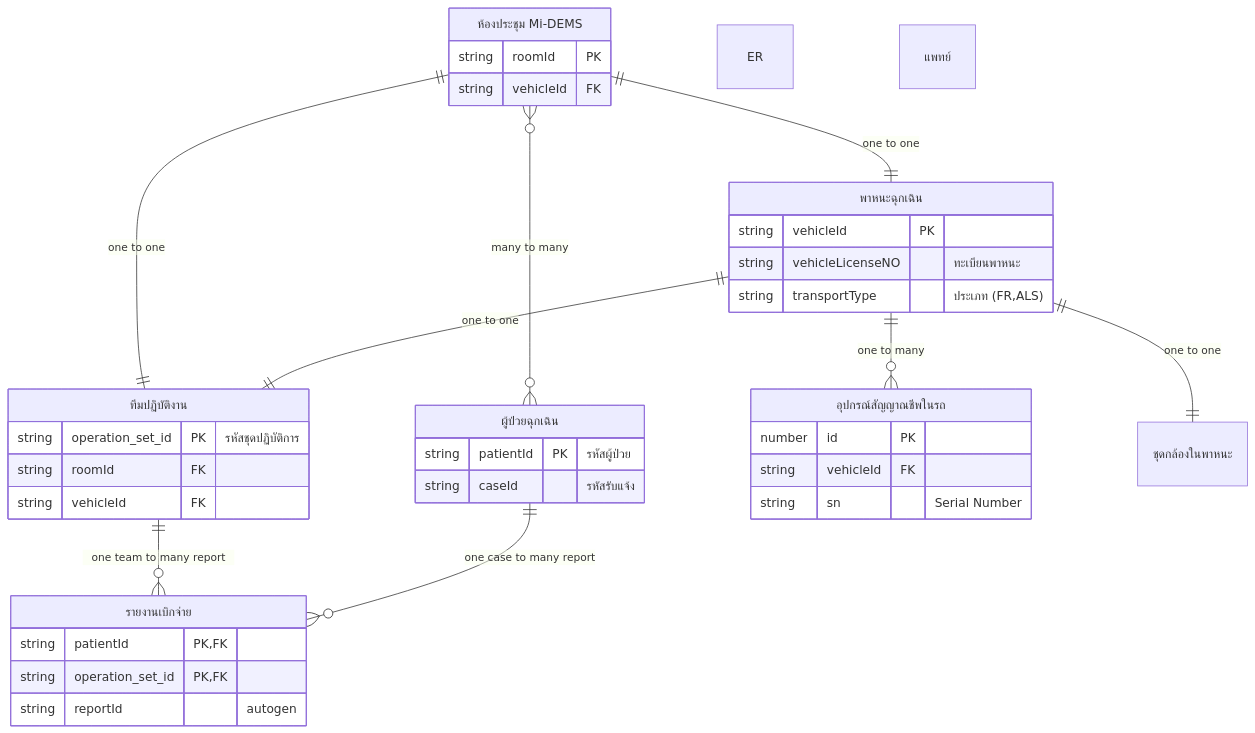
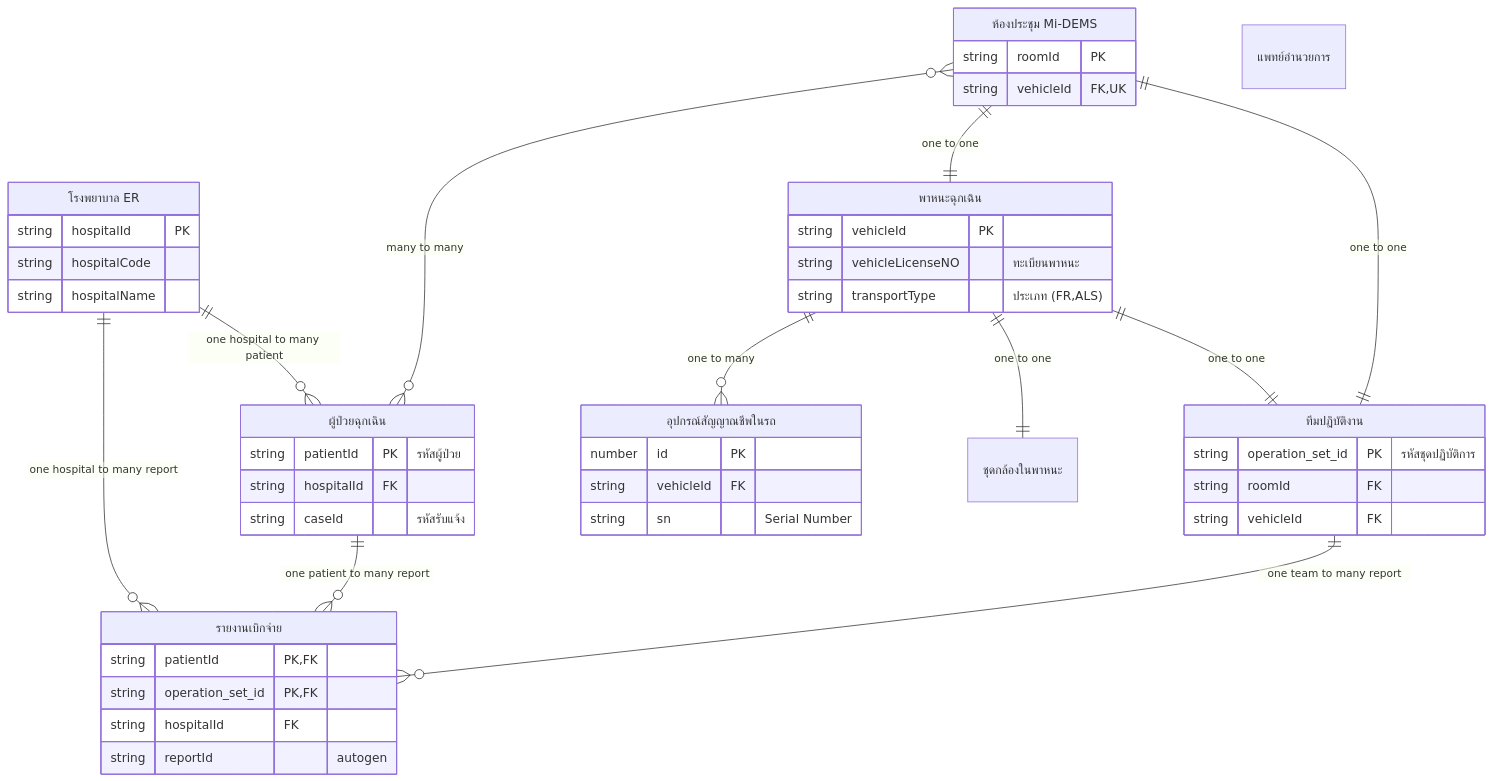
One commit to lionants02/Mi-DEMS changed the first of 3 diagrams in README.md. Above: the diagram before and after it, drawn with Mermaid. The commit also changed other lines of this file and 1 other file, not shown here.

````diff
--- a/README.md
+++ b/README.md
@@ -13,49 +13,57 @@
 ```mermaid
 erDiagram
     ConferenceRoom["ห้องประชุม Mi-DEMS"]{
         string roomId PK
-        string vehicleId FK
+        string vehicleId FK,UK
     }
     Vehicle["พาหนะฉุกเฉิน"]{
         string vehicleId PK
         string vehicleLicenseNO "ทะเบียนพาหนะ"
         string transportType "ประเภท (FR,ALS)"
     }
 
     Patient["ผู้ป่วยฉุกเฉิน"]{
         string patientId PK "รหัสผู้ป่วย"
+        string hospitalId FK
         string caseId "รหัสรับแจ้ง"
     }
 
     Team["ทีมปฏิบัติงาน"]{
         string operation_set_id PK "รหัสชุดปฏิบัติการ"
         string roomId FK
         string vehicleId FK
     }
     VitalSign["อุปกรณ์สัญญาณชีพในรถ"]{
         number id PK
         string vehicleId FK
         string sn "Serial Number"
     }
     IPCam["ชุดกล้องในพาหนะ"]
     Report["รายงานเบิกจ่าย"]{
         string patientId PK,FK
         string operation_set_id PK,FK
+        string hospitalId FK
         string reportId "autogen"
     }
-    ER
-    Doctor["แพทย์"]
+    Hospital["โรงพยาบาล ER"]{
+        string hospitalId PK
+        string hospitalCode
+        string hospitalName
+    }
+    Doctor["แพทย์อำนวยการ"]
 
     ConferenceRoom only one to one Vehicle :"one to one"
     ConferenceRoom many to many Patient: "many to many"
     ConferenceRoom only one to one Team: "one to one"
 
     Vehicle one to many VitalSign:"one to many"
     Vehicle one to one IPCam:"one to one"
     Vehicle one to one Team:"one to one"
 
     Team one to many Report: "one team to many report"
-    Patient one to many Report: "one case to many report"
+    Patient one to many Report: "one patient to many report"
 
+    Hospital one to many Report: "one hospital to many report"
+    Hospital one to many Patient: "one hospital to many patient"
 
 ```
````
